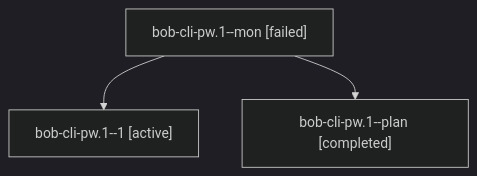
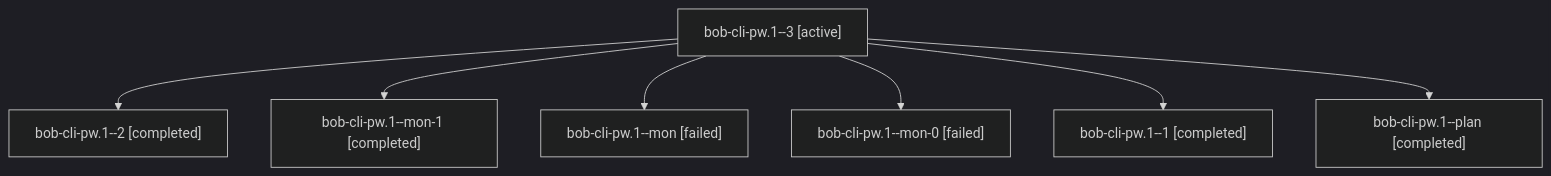
Before and after one commit to bobs-org/bob-cli--agents: the diagram in sessions/bbugyi200.apollo.bob-cli-pw.1.md, drawn with Mermaid (dark theme). The commit also changed other lines of this file and 51 other files, not shown here.

````diff
--- a/sessions/bbugyi200.apollo.bob-cli-pw.1.md
+++ b/sessions/bbugyi200.apollo.bob-cli-pw.1.md
@@ -9,8 +9,16 @@
 ```mermaid
 flowchart TD
-  n0["bob-cli-pw.1--mon [failed]"]
-  n1["bob-cli-pw.1--1 [active]"]
+  n0["bob-cli-pw.1--3 [active]"]
+  n1["bob-cli-pw.1--2 [completed]"]
   n0 --> n1
-  n2["bob-cli-pw.1--plan [completed]"]
+  n2["bob-cli-pw.1--mon-1 [completed]"]
   n0 --> n2
+  n3["bob-cli-pw.1--mon [failed]"]
+  n0 --> n3
+  n4["bob-cli-pw.1--mon-0 [failed]"]
+  n0 --> n4
+  n5["bob-cli-pw.1--1 [completed]"]
+  n0 --> n5
+  n6["bob-cli-pw.1--plan [completed]"]
+  n0 --> n6
 ```
````
